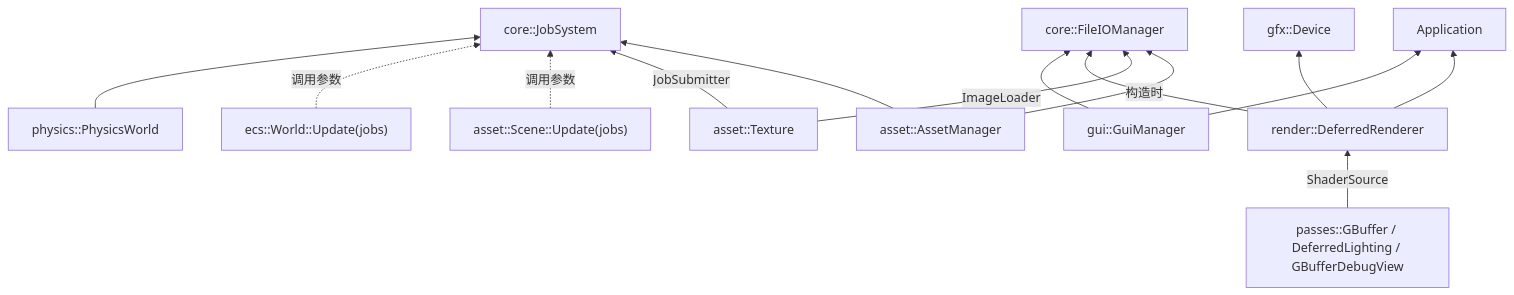
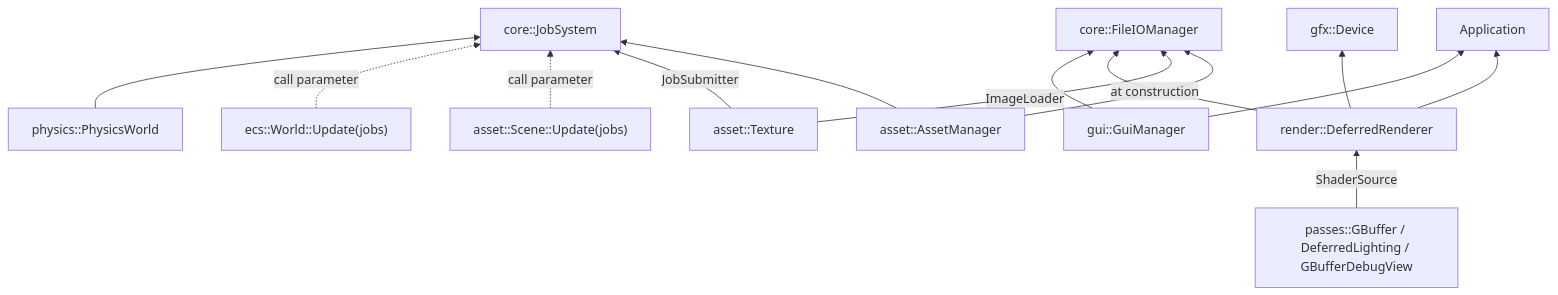
The fourth of 4 diagrams in docs/architecture/dependency_injection.md (L-Sun/HitagiEngine), drawn with Mermaid before and after one commit. The commit also changed other lines of this file and 7 other files, not shown here.

````diff
--- a/docs/architecture/dependency_injection.md
+++ b/docs/architecture/dependency_injection.md
@@ -206,23 +195,23 @@
 ```mermaid
 flowchart BT
   FIO["core::FileIOManager"]
   JS["core::JobSystem"]
   Dev["gfx::Device"]
   App["Application"]
 
   AM["asset::AssetManager"] --> FIO
   AM --> JS
   Tex["asset::Texture"] -->|"ImageLoader"| FIO
   Tex -->|"JobSubmitter"| JS
-  Scene["asset::Scene::Update(jobs)"] -.->|"调用参数"| JS
-  World["ecs::World::Update(jobs)"] -.->|"调用参数"| JS
+  Scene["asset::Scene::Update(jobs)"] -.->|"call parameter"| JS
+  World["ecs::World::Update(jobs)"] -.->|"call parameter"| JS
   Phys["physics::PhysicsWorld"] --> JS
 
-  Def["render::DeferredRenderer"] -->|"构造时"| FIO
+  Def["render::DeferredRenderer"] -->|"at construction"| FIO
   Def --> Dev
   Def --> App
   Pass["passes::GBuffer / DeferredLighting / GBufferDebugView"] -->|"ShaderSource"| Def
 
   Gui["gui::GuiManager"] --> FIO
   Gui --> App
 ```
````
